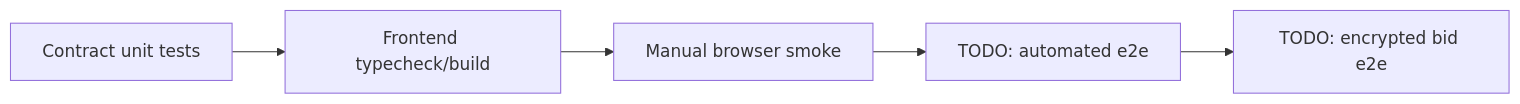
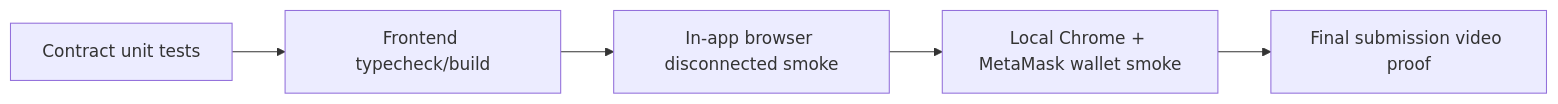
Before and after one commit to daxiguaguagua-hash/SilentBid: the diagram in TESTING.md, drawn with Mermaid. The commit also changed other lines of this file and 5 other files, not shown here.

````diff
--- a/TESTING.md
+++ b/TESTING.md
@@ -13,7 +14,7 @@
 ```mermaid
 flowchart LR
   A[Contract unit tests] --> B[Frontend typecheck/build]
-  B --> C[Manual browser smoke]
-  C --> D[TODO: automated e2e]
-  D --> E[TODO: encrypted bid e2e]
+  B --> C[In-app browser disconnected smoke]
+  C --> D[Local Chrome + MetaMask wallet smoke]
+  D --> E[Final submission video proof]
 ```
````
